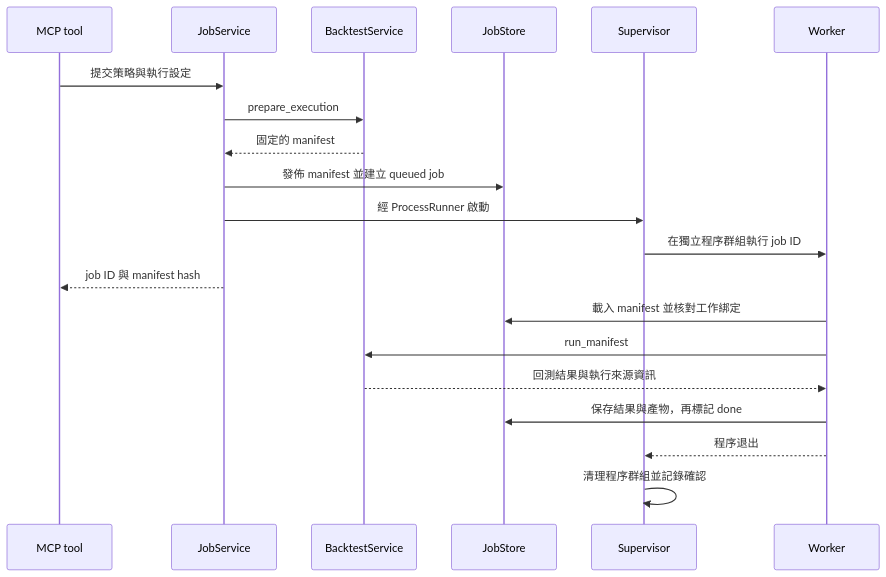
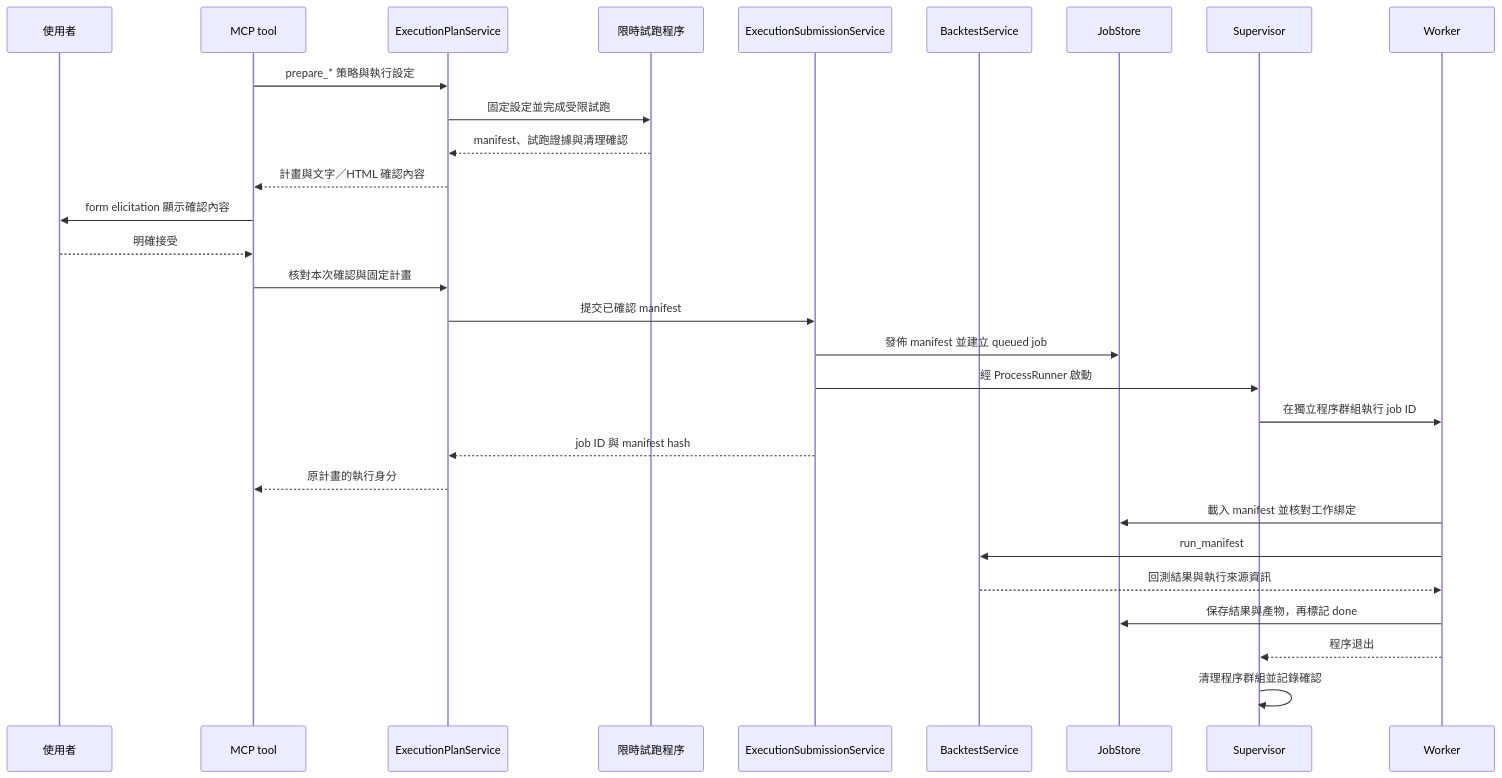
The third of 4 diagrams in ARCHITECTURE.md (Kuan-Lun/tradingdev), drawn with Mermaid before and after one commit. The commit also changed other lines of this file and 73 other files, not shown here.

````diff
--- a/ARCHITECTURE.md
+++ b/ARCHITECTURE.md
@@ -147,22 +184,31 @@
 ```mermaid
 sequenceDiagram
+    participant User as 使用者
     participant MCP as MCP tool
-    participant Submit as JobService
+    participant Plan as ExecutionPlanService
+    participant Preflight as 限時試跑程序
+    participant Submit as ExecutionSubmissionService
     participant Execute as BacktestService
     participant Store as JobStore
     participant Supervisor
     participant Worker
-    MCP->>Submit: 提交策略與執行設定
-    Submit->>Execute: prepare_execution
-    Execute-->>Submit: 固定的 manifest
+    MCP->>Plan: prepare_* 策略與執行設定
+    Plan->>Preflight: 固定設定並完成受限試跑
+    Preflight-->>Plan: manifest、試跑證據與清理確認
+    Plan-->>MCP: 計畫與文字／HTML 確認內容
+    MCP->>User: form elicitation 顯示確認內容
+    User-->>MCP: 明確接受
+    MCP->>Plan: 核對本次確認與固定計畫
+    Plan->>Submit: 提交已確認 manifest
     Submit->>Store: 發佈 manifest 並建立 queued job
     Submit->>Supervisor: 經 ProcessRunner 啟動
     Supervisor->>Worker: 在獨立程序群組執行 job ID
-    Submit-->>MCP: job ID 與 manifest hash
+    Submit-->>Plan: job ID 與 manifest hash
+    Plan-->>MCP: 原計畫的執行身分
     Worker->>Store: 載入 manifest 並核對工作綁定
     Worker->>Execute: run_manifest
     Execute-->>Worker: 回測結果與執行來源資訊
     Worker->>Store: 保存結果與產物，再標記 done
     Worker-->>Supervisor: 程序退出
     Supervisor->>Supervisor: 清理程序群組並記錄確認
 ```
````
